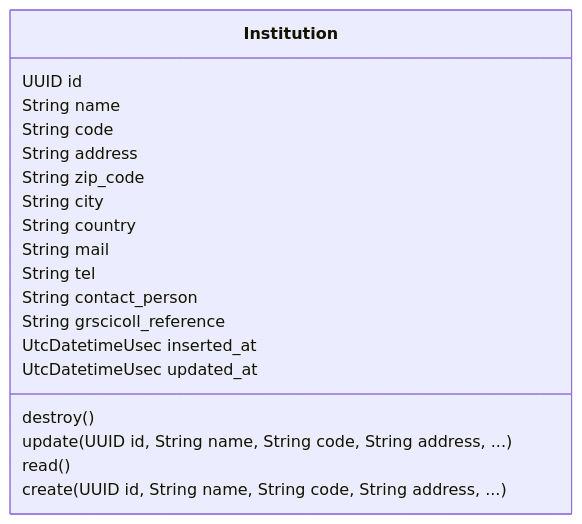
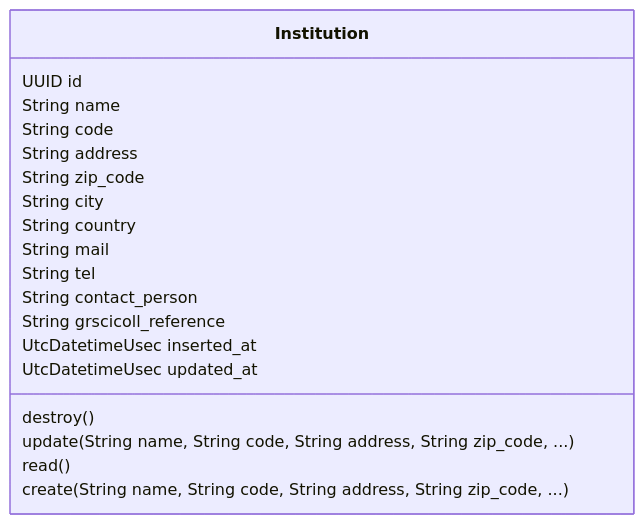
One commit to zebbra/data_aggregator changed the diagram in lib/data_aggregator/platform/platform-mermaid-class-diagram.md. Above: the diagram before and after it, drawn with Mermaid. The commit also changed 140 other files, not shown here.

````diff
--- a/lib/data_aggregator/platform/platform-mermaid-class-diagram.md
+++ b/lib/data_aggregator/platform/platform-mermaid-class-diagram.md
@@ -1,25 +1,25 @@
 ```mermaid
 classDiagram
     class Institution {
         UUID id
         String name
         String code
         String address
         String zip_code
         String city
         String country
         String mail
         String tel
         String contact_person
         String grscicoll_reference
         UtcDatetimeUsec inserted_at
         UtcDatetimeUsec updated_at
         destroy()
-        update(UUID id, String name, String code, String address, ...)
+        update(String name, String code, String address, String zip_code, ...)
         read()
-        create(UUID id, String name, String code, String address, ...)
+        create(String name, String code, String address, String zip_code, ...)
     }
 
 
 
 ```
````
